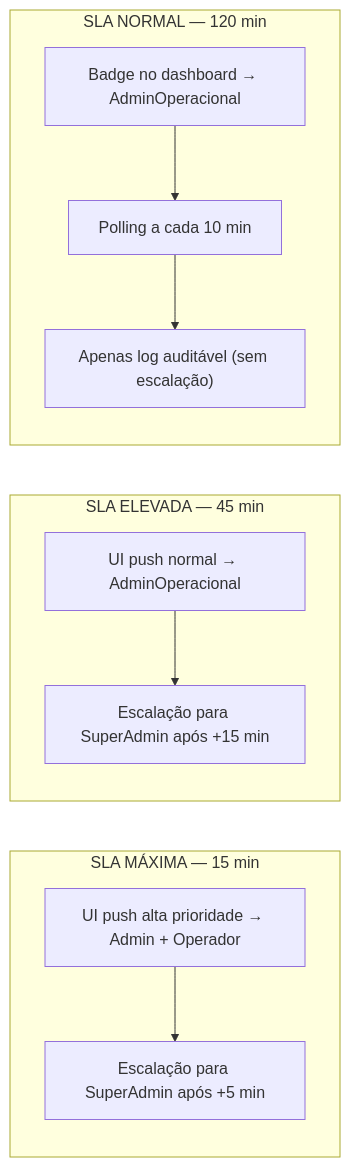
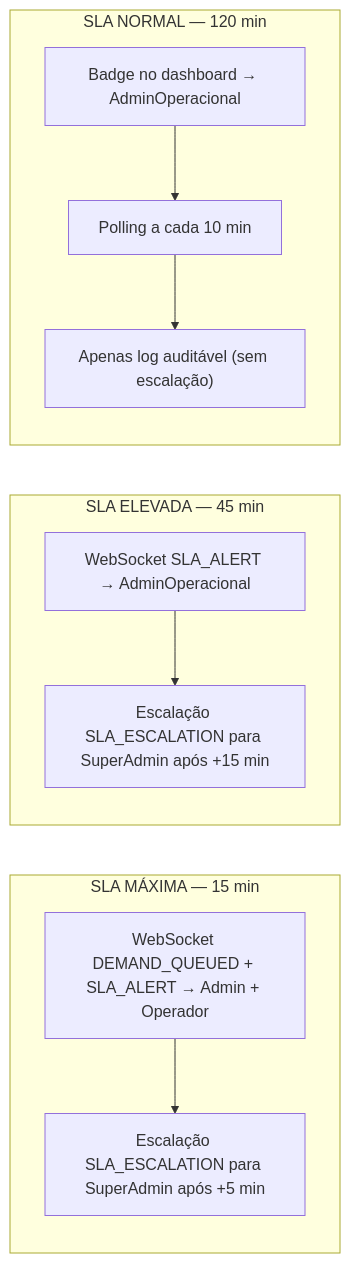
One commit to paulotks/FGR-Ops-docs changed the second of 2 diagrams in docs/flows/04-cancelamento-sla.md. Above: the diagram before and after it, drawn with Mermaid. The commit also changed other lines of this file and 14 other files, not shown here.

````diff
--- a/docs/flows/04-cancelamento-sla.md
+++ b/docs/flows/04-cancelamento-sla.md
@@ -58,21 +35,21 @@
 ```mermaid
 flowchart LR
     subgraph SLA_MAX["SLA MÁXIMA — 15 min"]
-        M1["UI push alta prioridade → Admin + Operador"]
-        M2["Escalação para SuperAdmin após +5 min"]
+        M1["WebSocket DEMAND_QUEUED + SLA_ALERT → Admin + Operador"]
+        M2["Escalação SLA_ESCALATION para SuperAdmin após +5 min"]
         M1 --> M2
     end
 
     subgraph SLA_ELV["SLA ELEVADA — 45 min"]
-        E1["UI push normal → AdminOperacional"]
-        E2["Escalação para SuperAdmin após +15 min"]
+        E1["WebSocket SLA_ALERT → AdminOperacional"]
+        E2["Escalação SLA_ESCALATION para SuperAdmin após +15 min"]
         E1 --> E2
     end
 
     subgraph SLA_NOR["SLA NORMAL — 120 min"]
         N1["Badge no dashboard → AdminOperacional"]
         N2["Polling a cada 10 min"]
         N3["Apenas log auditável (sem escalação)"]
         N1 --> N2 --> N3
     end
 ```
````
